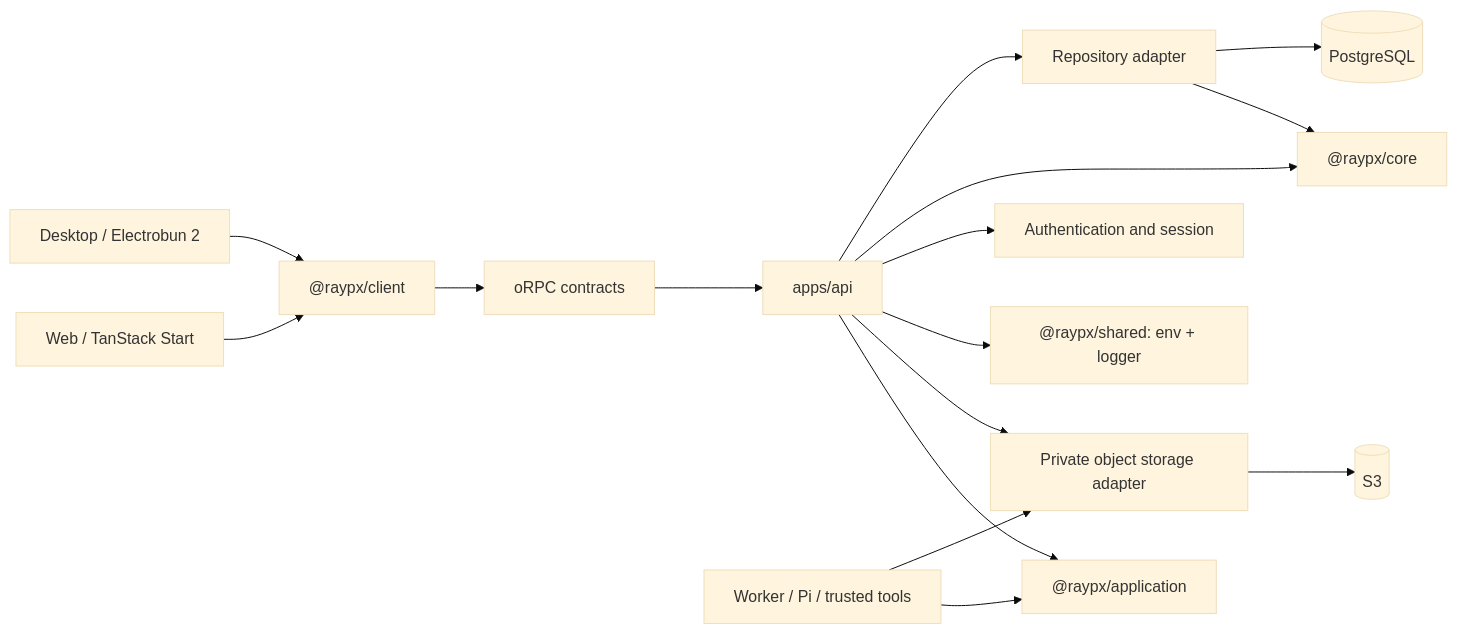
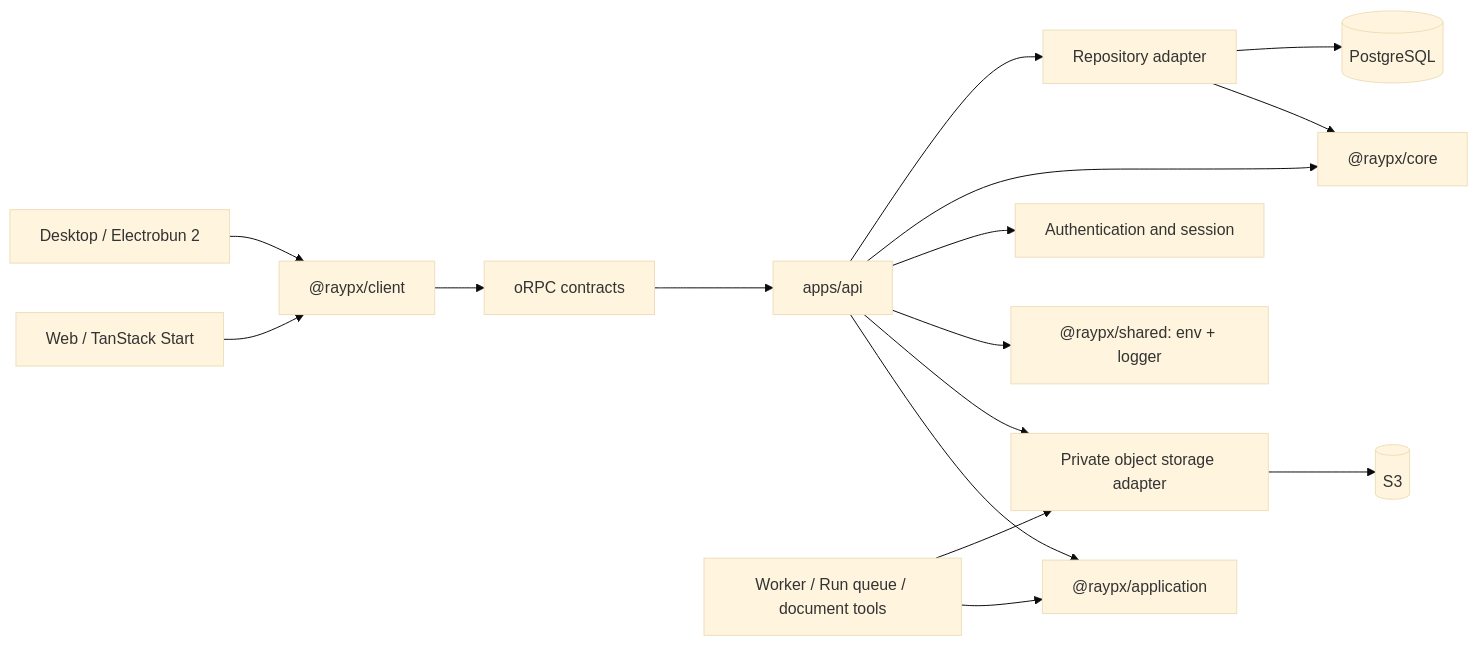
One commit to raypx/raypx changed the diagram in docs/architecture/README.md. Above: the diagram before and after it, drawn with Mermaid (base theme). The commit also changed other lines of this file and 61 other files, not shown here.

````diff
--- a/docs/architecture/README.md
+++ b/docs/architecture/README.md
@@ -22,18 +26,18 @@
 ```mermaid
 flowchart LR
   web["Web / TanStack Start"] --> client["@raypx/client"]
   desktop["Desktop / Electrobun 2"] --> client
   client --> rpc["oRPC contracts"]
   rpc --> api["apps/api"]
   api --> application["@raypx/application"]
-  worker["Worker / Pi / trusted tools"] --> application
+  worker["Worker / Run queue / document tools"] --> application
   api --> storage["Private object storage adapter"]
   worker --> storage
   storage --> objects[("S3")]
   api --> shared["@raypx/shared: env + logger"]
   api --> auth["Authentication and session"]
   api --> core["@raypx/core"]
   api --> db["Repository adapter"]
   db --> core
   db --> postgres[("PostgreSQL")]
 ```
````
